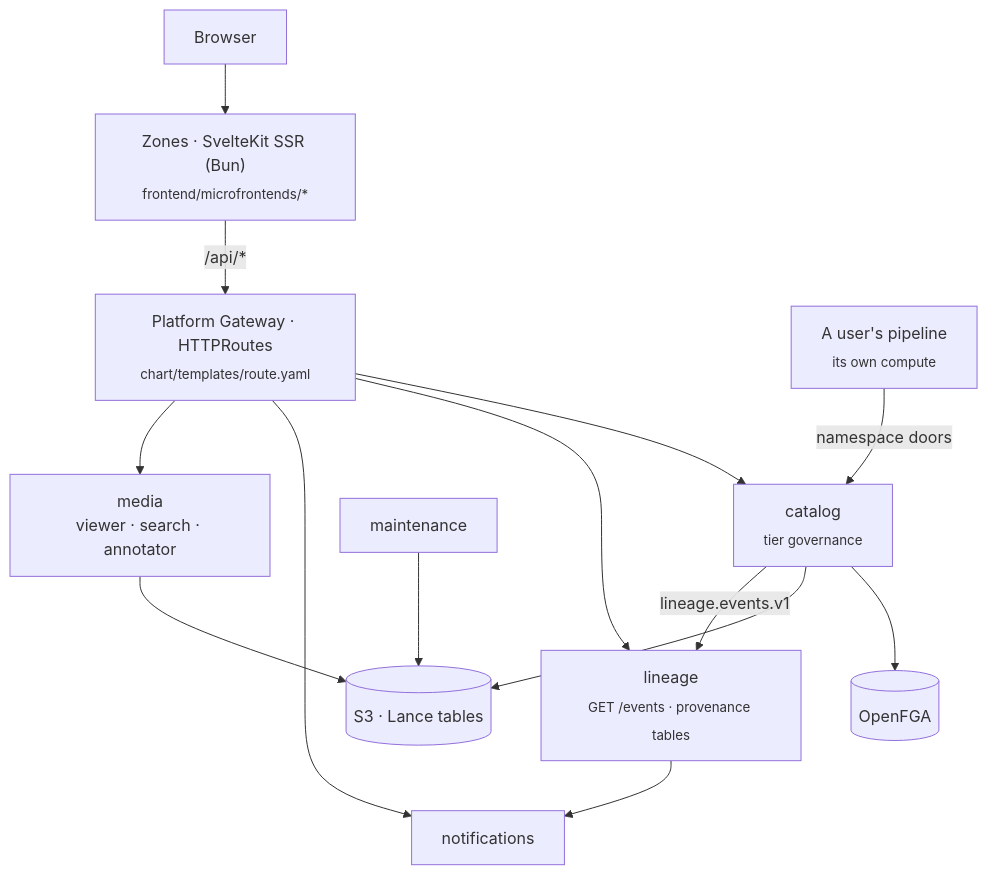
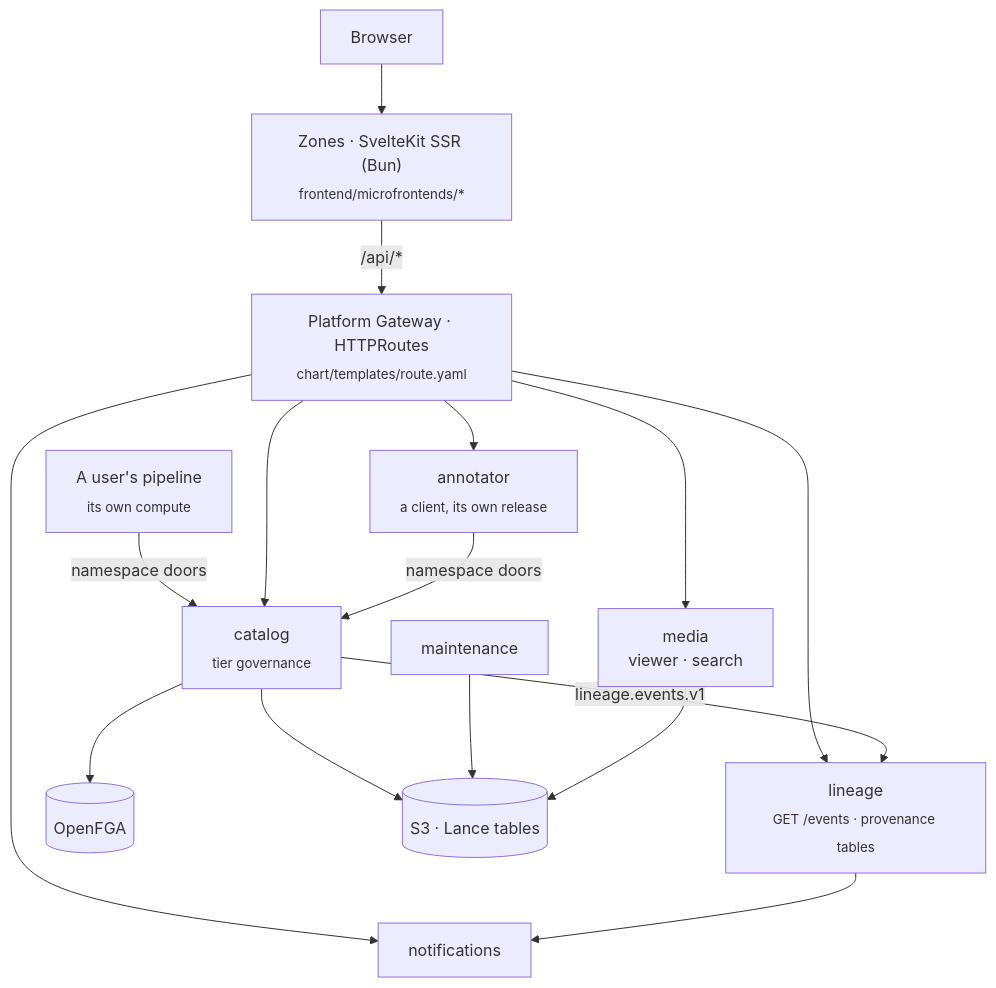
The diagram in docs/architecture/index.md (AI-Riksarkivet/rask), drawn with Mermaid before and after one commit. The commit also changed other lines of this file and 207 other files, not shown here.

First line of the commit message:
feat(annotator): XC-167 — the lakehouse knows no annotation tool: rask's annotator is a client with its own release, state and roles, and the catalog's own control lane acts only on signed events

````diff
--- a/docs/architecture/index.md
+++ b/docs/architecture/index.md
@@ -25,16 +25,18 @@
 ```mermaid
 flowchart TB
     browser["Browser"] --> zones["Zones · SvelteKit SSR (Bun)<br/><sub>frontend/microfrontends/*</sub>"]
     zones -->|"/api/*"| gw["Platform Gateway · HTTPRoutes<br/><sub>chart/templates/route.yaml</sub>"]
     client["A user's pipeline<br/><sub>its own compute</sub>"] -->|"namespace doors"| cat
     gw --> cat["catalog<br/><sub>tier governance</sub>"]
     gw --> lin["lineage<br/><sub>GET /events · provenance tables</sub>"]
     gw --> notif["notifications"]
-    gw --> media["media<br/>viewer · search · annotator"]
+    gw --> media["media<br/>viewer · search"]
+    gw --> annot["annotator<br/><sub>a client, its own release</sub>"]
+    annot -->|"namespace doors"| cat
     cat --> fga[("OpenFGA")]
     cat --> s3[("S3 · Lance tables")]
     cat -->|"lineage.events.v1"| lin
     lin --> notif
     maint["maintenance"] --> s3
     media --> s3
 ```
````
